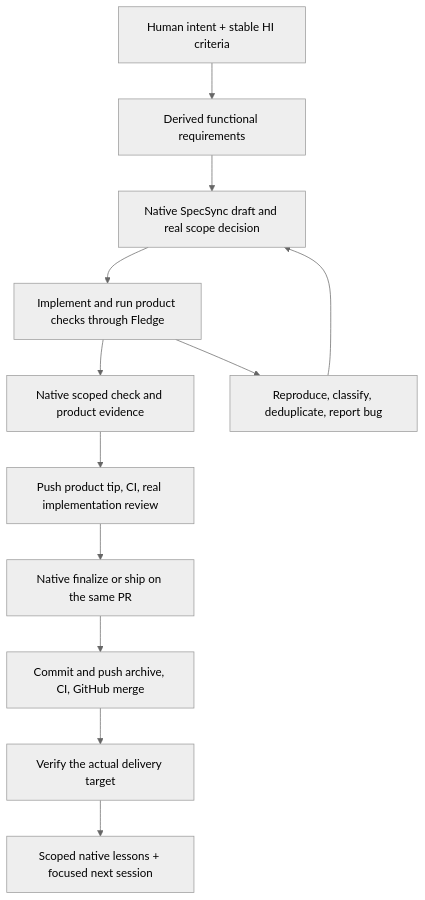
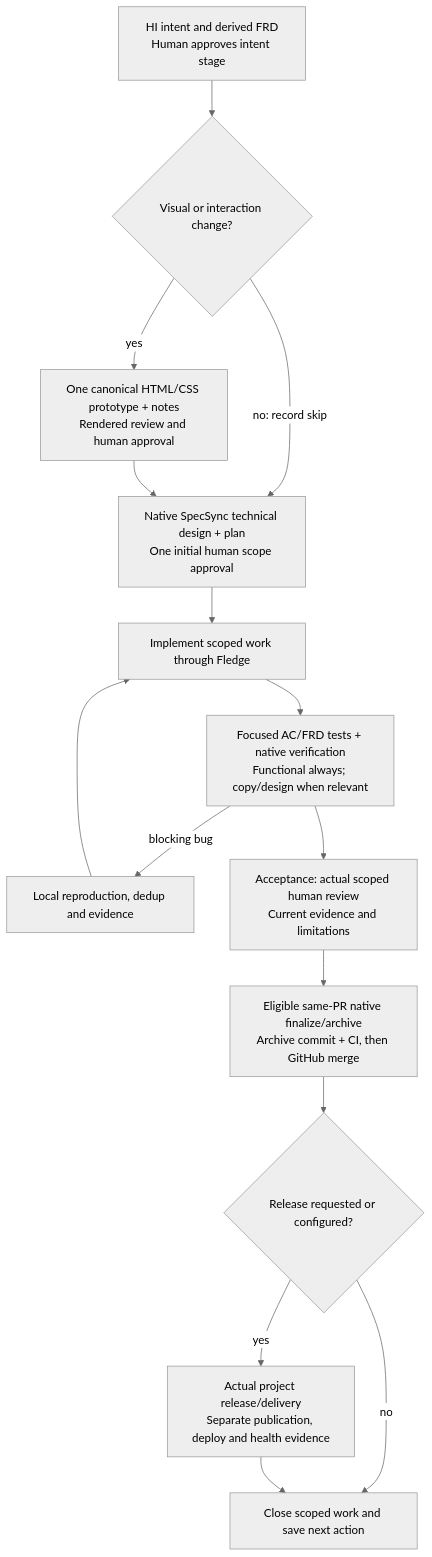
The diagram in docs/lifecycle.md (CorvidLabs/chough), drawn with Mermaid (neutral theme) before and after one commit. The commit also changed other lines of this file and 14 other files, not shown here.

Commit message:
docs: clarify current capabilities and agreed lifecycle design (#1)

````diff
--- a/docs/lifecycle.md
+++ b/docs/lifecycle.md
@@ -9,14 +18,17 @@
 ```mermaid
 flowchart TB
-    intent["Human intent + stable HI criteria"] --> frd["Derived functional requirements"]
-    frd --> scope["Native SpecSync draft and real scope decision"]
-    scope --> build["Implement and run product checks through Fledge"]
-    build --> verify["Native scoped check and product evidence"]
-    verify --> review["Push product tip, CI, real implementation review"]
-    review --> archive["Native finalize or ship on the same PR"]
-    archive --> merge["Commit and push archive, CI, GitHub merge"]
-    merge --> delivery["Verify the actual delivery target"]
-    delivery --> lessons["Scoped native lessons + focused next session"]
-    build --> bug["Reproduce, classify, deduplicate, report bug"]
-    bug --> scope
+    intent["HI intent and derived FRD<br/>Human approves intent stage"] --> visual{"Visual or interaction change?"}
+    visual -->|yes| design["One canonical HTML/CSS prototype + notes<br/>Rendered review and human approval"]
+    visual -->|no: record skip| plan["Native SpecSync technical design + plan<br/>One initial human scope approval"]
+    design --> plan
+    plan --> build["Implement scoped work through Fledge"]
+    build --> tests["Focused AC/FRD tests + native verification<br/>Functional always; copy/design when relevant"]
+    tests -->|blocking bug| bug["Local reproduction, dedup and evidence"]
+    bug --> build
+    tests --> accept["Acceptance: actual scoped human review<br/>Current evidence and limitations"]
+    accept --> archive["Eligible same-PR native finalize/archive<br/>Archive commit + CI, then GitHub merge"]
+    archive --> release{"Release requested or configured?"}
+    release -->|yes| deliver["Actual project release/delivery<br/>Separate publication, deploy and health evidence"]
+    release -->|no| done["Close scoped work and save next action"]
+    deliver --> done
 ```
````
